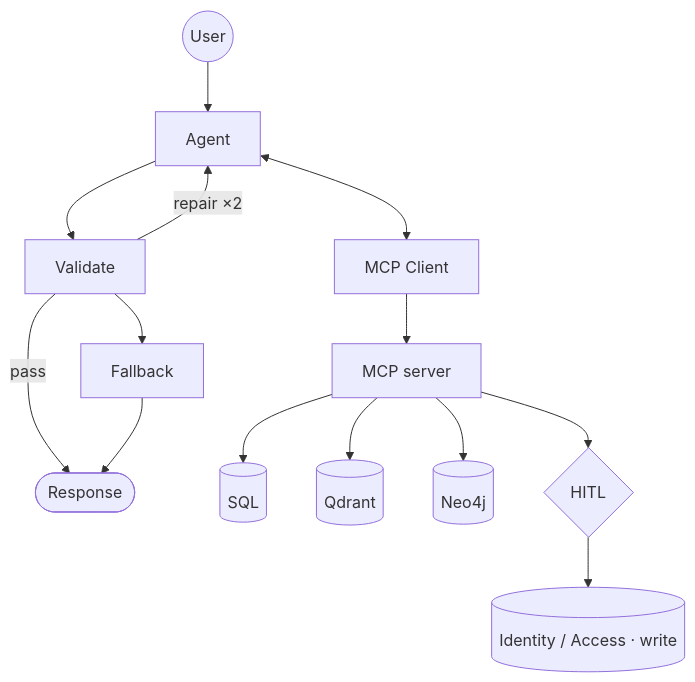
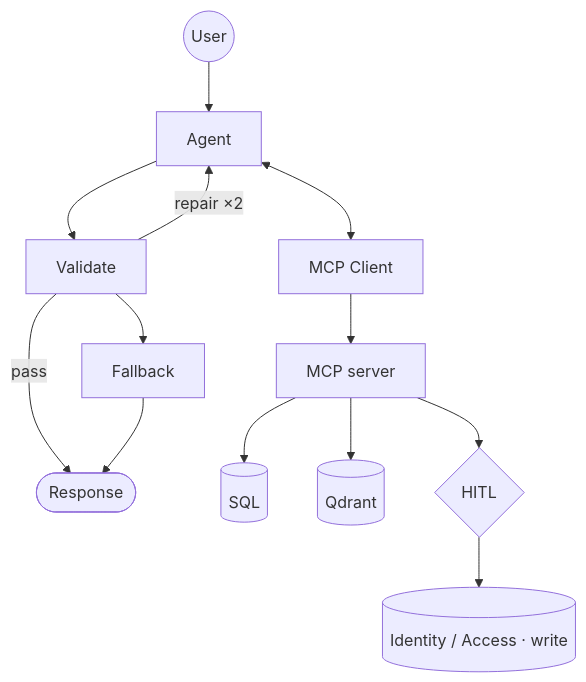
The second of 2 diagrams in scratch/reskin-hitl.md (sazzad-kamal/crm-agentic-mcp-engine), drawn with Mermaid before and after one commit. The commit also changed other lines of this file, not shown here.

Commit message:
Remove Neo4j/graph from scratch diagram (not in default template)

````diff
--- a/scratch/reskin-hitl.md
+++ b/scratch/reskin-hitl.md
@@ -45,22 +44,21 @@
 ```mermaid
 flowchart TB
     Q(("User")) --> AGENT["Agent"]
 
     AGENT <--> MCP_CLIENT["MCP Client"]
     MCP_CLIENT --> MCPSRV["MCP server"]
 
     AGENT --> VAL["Validate"]
     VAL -->|"repair ×2"| AGENT
     VAL --> FB["Fallback"]
     VAL -->|pass| RESP
     FB --> RESP
 
     RESP(["Response"])
 
     MCPSRV --> DB[("SQL")]
     MCPSRV --> VS[("Qdrant")]
-    MCPSRV --> N4[("Neo4j")]
 
     MCPSRV --> GATE{"HITL"}
     GATE --> WR[("Identity / Access · write")]
 ```
````
